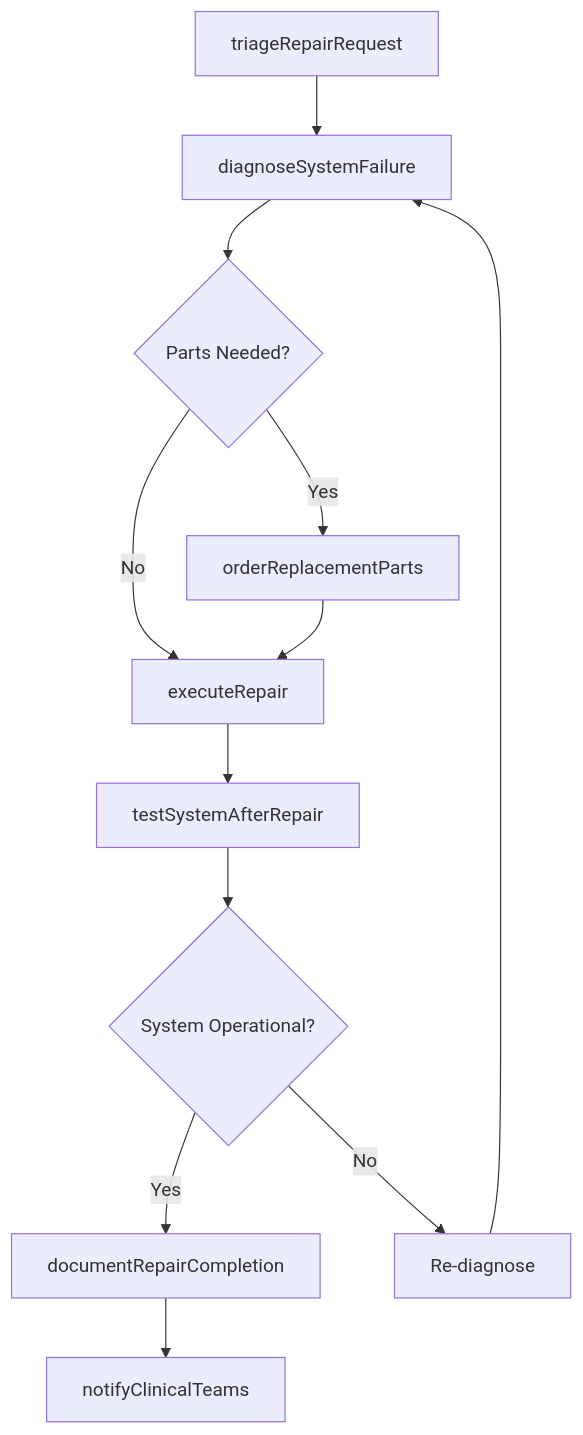
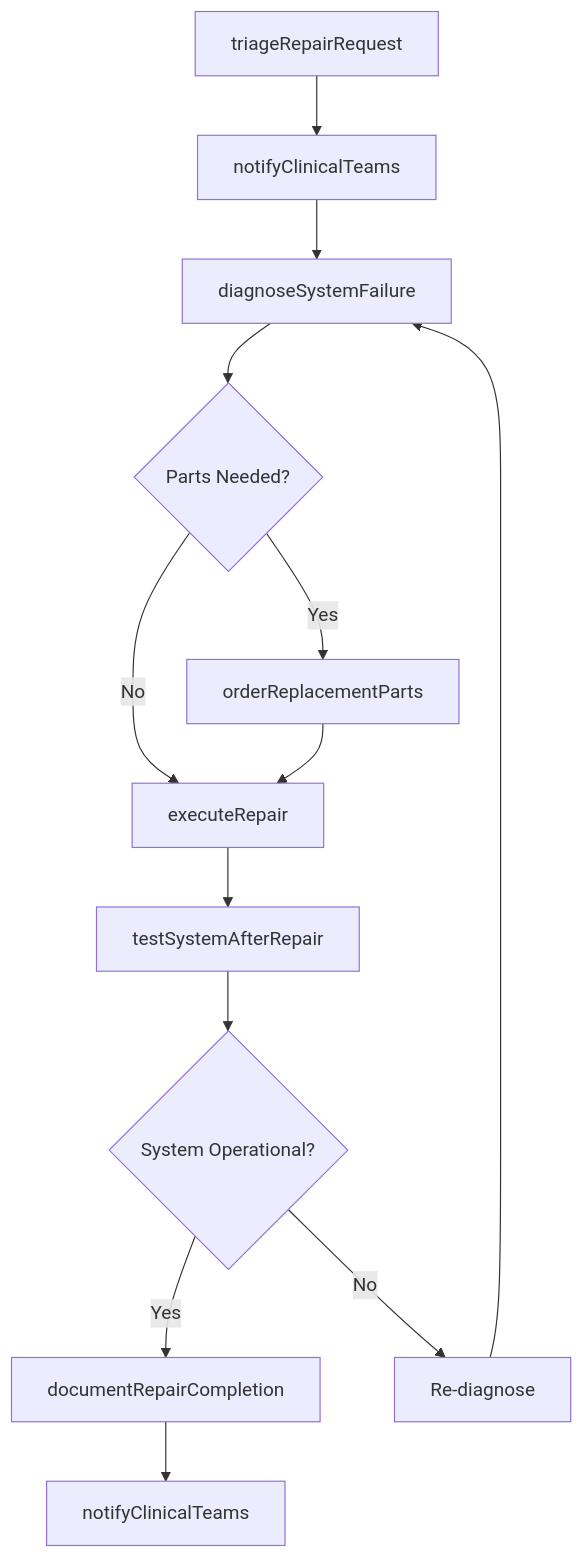
Before and after one commit to dot-org-ai/tasks.org.ai: the third of 4 diagrams in RepairingAndMaintainingMechanicalEquipment/MaintainMedicalEquipmentOrInstruments/RepairMedicalFacilityEquipment.mdx, drawn with Mermaid. The commit also changed other lines of this file and 504 other files, not shown here.

First line of the commit message:
feat: Add ER diagrams, state diagrams, and workflow improvements to 96 DWA task files

````diff
--- a/RepairingAndMaintainingMechanicalEquipment/MaintainMedicalEquipmentOrInstruments/RepairMedicalFacilityEquipment.mdx
+++ b/RepairingAndMaintainingMechanicalEquipment/MaintainMedicalEquipmentOrInstruments/RepairMedicalFacilityEquipment.mdx
@@ -88,14 +118,15 @@
 ```mermaid
 graph TD
-    A[triageRepairRequest] --> B[diagnoseSystemFailure]
-    B --> C{Parts Needed?}
-    C -->|Yes| D[orderReplacementParts]
-    C -->|No| E[executeRepair]
-    D --> E
-    E --> F[testSystemAfterRepair]
-    F --> G{System Operational?}
-    G -->|Yes| H[documentRepairCompletion]
-    G -->|No| I[Re-diagnose]
-    I --> B
-    H --> J[notifyClinicalTeams]
+    A[triageRepairRequest] --> B[notifyClinicalTeams]
+    B --> C[diagnoseSystemFailure]
+    C --> D{Parts Needed?}
+    D -->|Yes| E[orderReplacementParts]
+    D -->|No| F[executeRepair]
+    E --> F
+    F --> G[testSystemAfterRepair]
+    G --> H{System Operational?}
+    H -->|Yes| I[documentRepairCompletion]
+    H -->|No| J[Re-diagnose]
+    J --> C
+    I --> K[notifyClinicalTeams]
 ```
````
